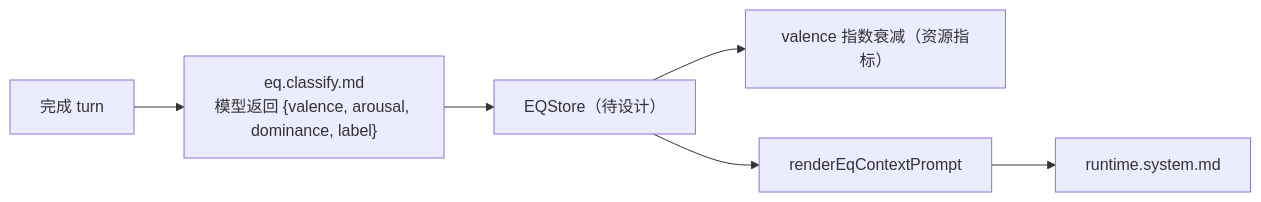
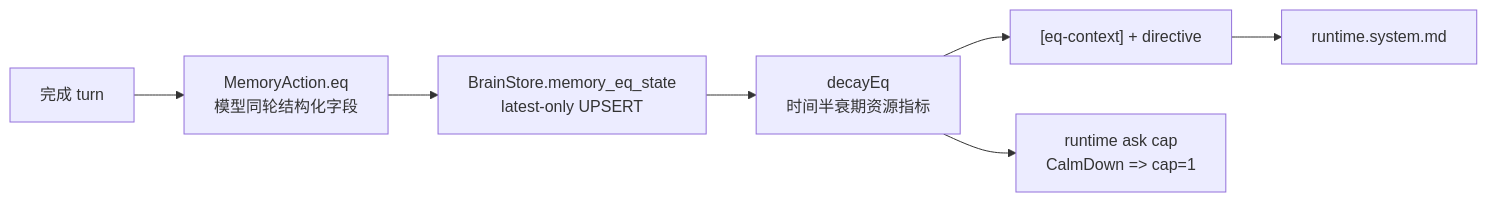
The diagram in docs/proposals/eq.module.md (flyflor/flyflor), drawn with Mermaid before and after one commit. The commit also changed other lines of this file and 68 other files, not shown here.

Commit message:
feat(memory): close summary embedding and brain archive rollout

````diff
--- a/docs/proposals/eq.module.md
+++ b/docs/proposals/eq.module.md
@@ -27,8 +27,9 @@
 ```mermaid
 flowchart LR
-    Turn["完成 turn"] --> Classify["eq.classify.md<br/>模型返回 {valence, arousal, dominance, label}"]
-    Classify --> Store["EQStore（待设计）"]
-    Store --> Decay["valence 指数衰减（资源指标）"]
-    Store --> Prompt["renderEqContextPrompt"]
+    Turn["完成 turn"] --> Action["MemoryAction.eq<br/>模型同轮结构化字段"]
+    Action --> Brain["BrainStore.memory_eq_state<br/>latest-only UPSERT"]
+    Brain --> Decay["decayEq<br/>时间半衰期资源指标"]
+    Decay --> Prompt["[eq-context] + directive"]
     Prompt --> Sys["runtime.system.md"]
+    Decay --> Runtime["runtime ask cap<br/>CalmDown => cap=1"]
 ```
````
